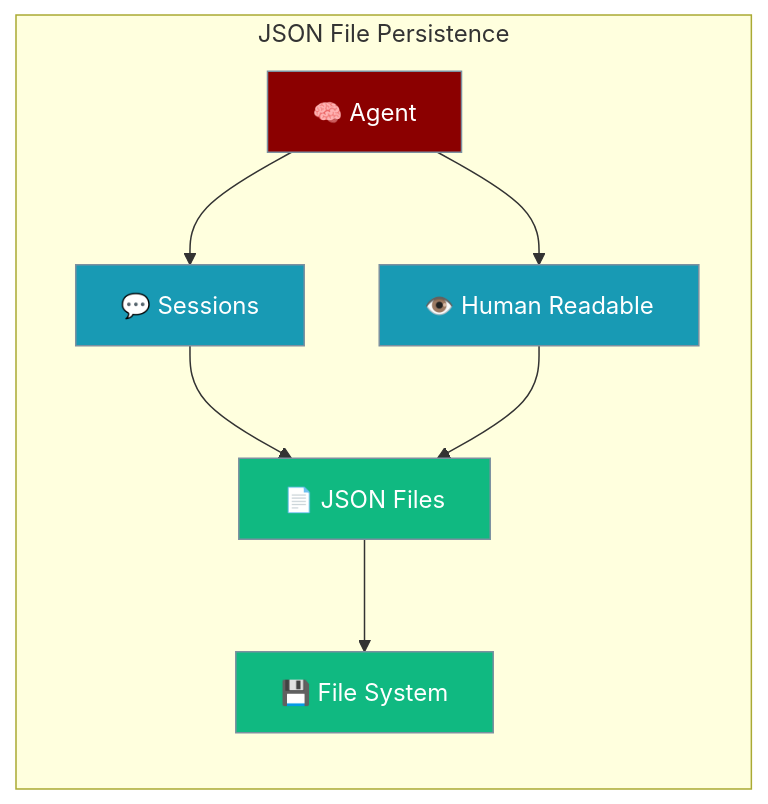
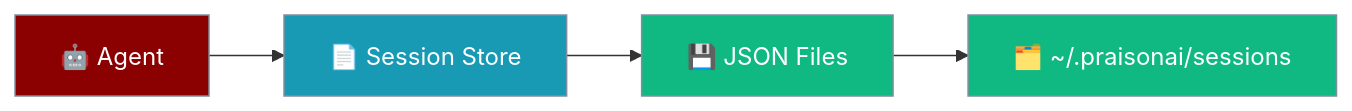
One commit to MervinPraison/PraisonAIDocs changed the first of 2 diagrams in docs/features/persistence-json.mdx. Above: the diagram before and after it, drawn with Mermaid. The commit also changed other lines of this file and 4 other files, not shown here.

````diff
--- a/docs/features/persistence-json.mdx
+++ b/docs/features/persistence-json.mdx
@@ -10,18 +21,14 @@
 ```mermaid
 graph LR
-    subgraph "JSON File Persistence"
-        A[🧠 Agent] --> B[💬 Sessions]
-        B --> C[📄 JSON Files]
-        C --> D[💾 File System]
-        A --> E[👁️ Human Readable]
-        E --> C
-    end
-    
+    Agent[🤖 Agent] --> Store[📄 Session Store]
+    Store --> Files[💾 JSON Files]
+    Files --> Disk[🗂️ ~/.praisonai/sessions]
+
     classDef agent fill:#8B0000,stroke:#7C90A0,color:#fff
-    classDef data fill:#189AB4,stroke:#7C90A0,color:#fff
-    classDef storage fill:#10B981,stroke:#7C90A0,color:#fff
-    
-    class A agent
-    class B,E data
-    class C,D storage
+    classDef store fill:#189AB4,stroke:#7C90A0,color:#fff
+    classDef disk fill:#10B981,stroke:#7C90A0,color:#fff
+
+    class Agent agent
+    class Store store
+    class Files,Disk disk
 ```
````
